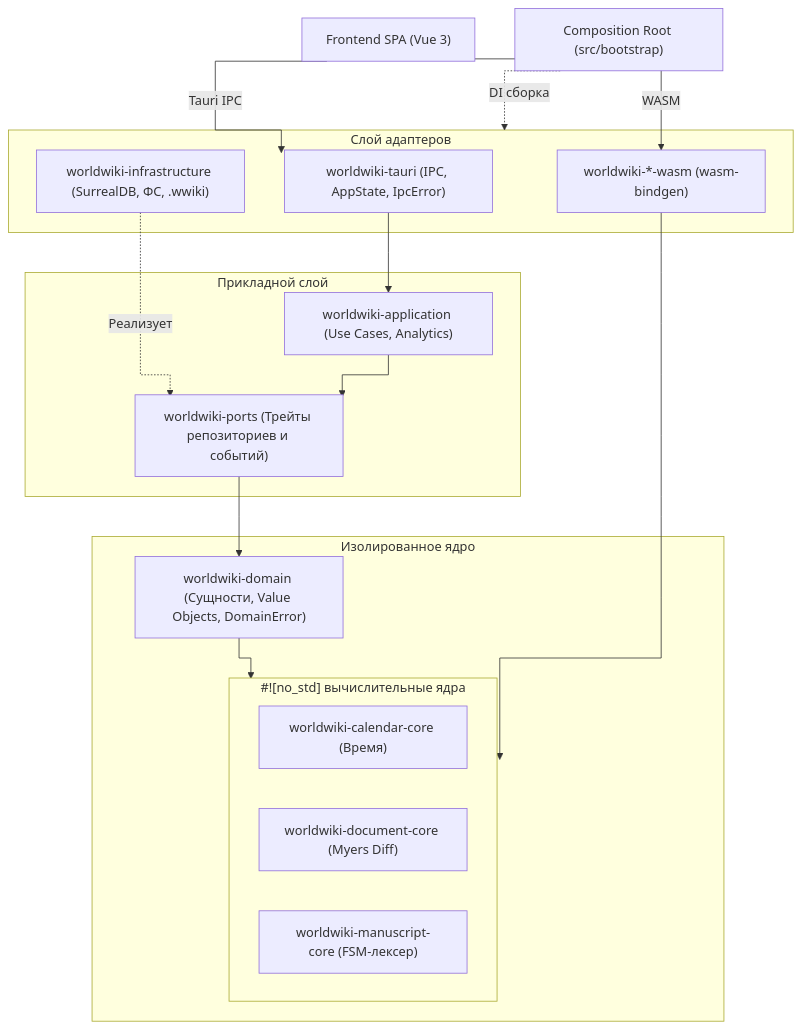
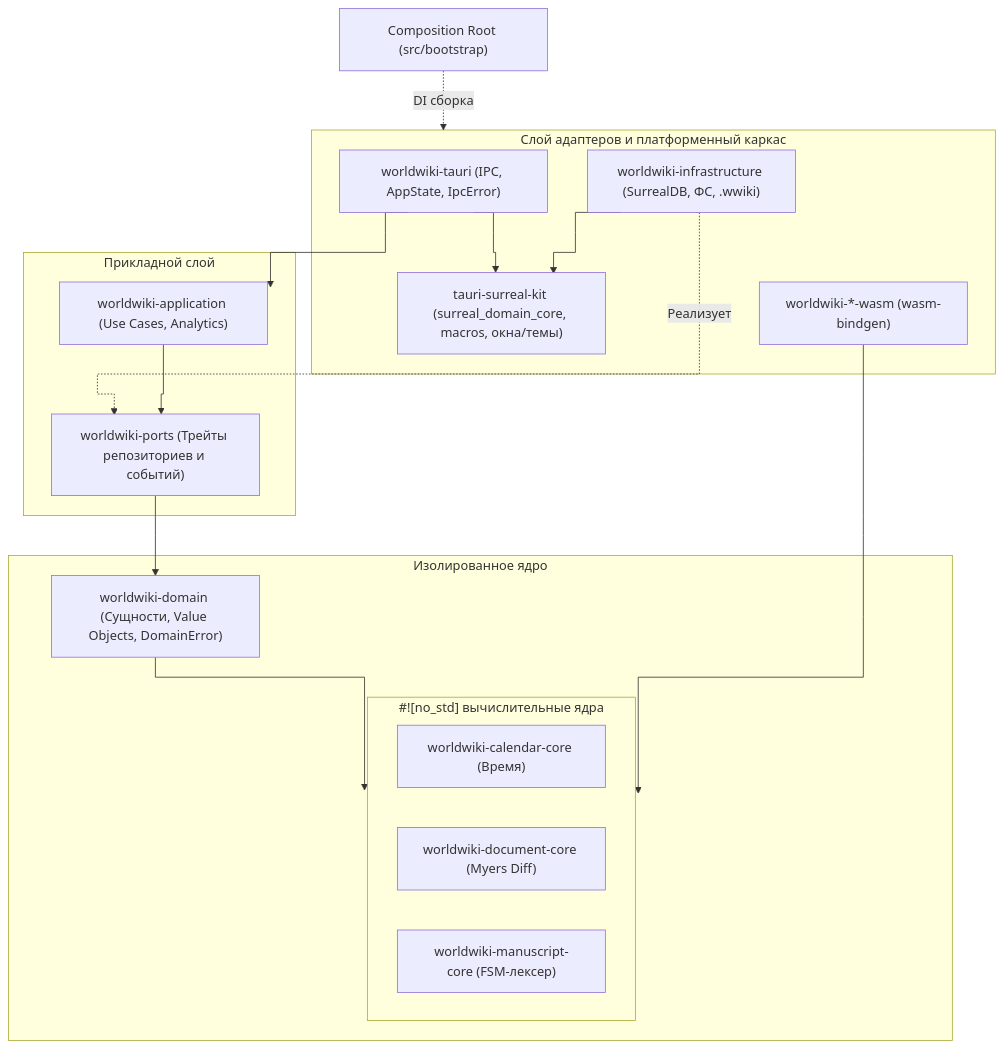
The first of 3 diagrams in docs/coursework/03_Проектно_конструкторская_часть/3.4_Разработка_архитектуры_приложения.md (nagisokyn-prog/WorldWiki), drawn with Mermaid before and after one commit. The commit also changed other lines of this file and 7 other files, not shown here.

````diff
--- a/docs/coursework/03_Проектно_конструкторская_часть/3.4_Разработка_архитектуры_приложения.md
+++ b/docs/coursework/03_Проектно_конструкторская_часть/3.4_Разработка_архитектуры_приложения.md
@@ -16,37 +19,37 @@
 ```mermaid
 %%{init: {'flowchart': {'curve': 'stepAfter'}}}%%
 flowchart TB
-    SPA["Frontend SPA (Vue 3)"]
     BOOT["Composition Root (src/bootstrap)"]
 
-    subgraph Adapters["Слой адаптеров"]
+    subgraph Adapters["Слой адаптеров и платформенный каркас"]
         TAURI["worldwiki-tauri (IPC, AppState, IpcError)"]
         INFRA["worldwiki-infrastructure (SurrealDB, ФС, .wwiki)"]
+        KIT["tauri-surreal-kit (surreal_domain_core, macros, окна/темы)"]
         WASM["worldwiki-*-wasm (wasm-bindgen)"]
     end
 
     subgraph AppLayer["Прикладной слой"]
         APP["worldwiki-application (Use Cases, Analytics)"]
         PORTS["worldwiki-ports (Трейты репозиториев и событий)"]
     end
 
     subgraph Core["Изолированное ядро"]
         DOMAIN["worldwiki-domain (Сущности, Value Objects, DomainError)"]
         subgraph NoStd["#![no_std] вычислительные ядра"]
             CAL["worldwiki-calendar-core (Время)"]
             DOC["worldwiki-document-core (Myers Diff)"]
             MAN["worldwiki-manuscript-core (FSM-лексер)"]
         end
     end
 
-    SPA -->|"Tauri IPC"| TAURI
-    SPA -->|"WASM"| WASM
     BOOT -.->|"DI сборка"| Adapters
 
     TAURI --> APP
+    TAURI --> KIT
+    INFRA --> KIT
     INFRA -.->|"Реализует"| PORTS
     APP --> PORTS
     PORTS --> DOMAIN
     DOMAIN --> NoStd
     WASM --> NoStd
 ```
````
